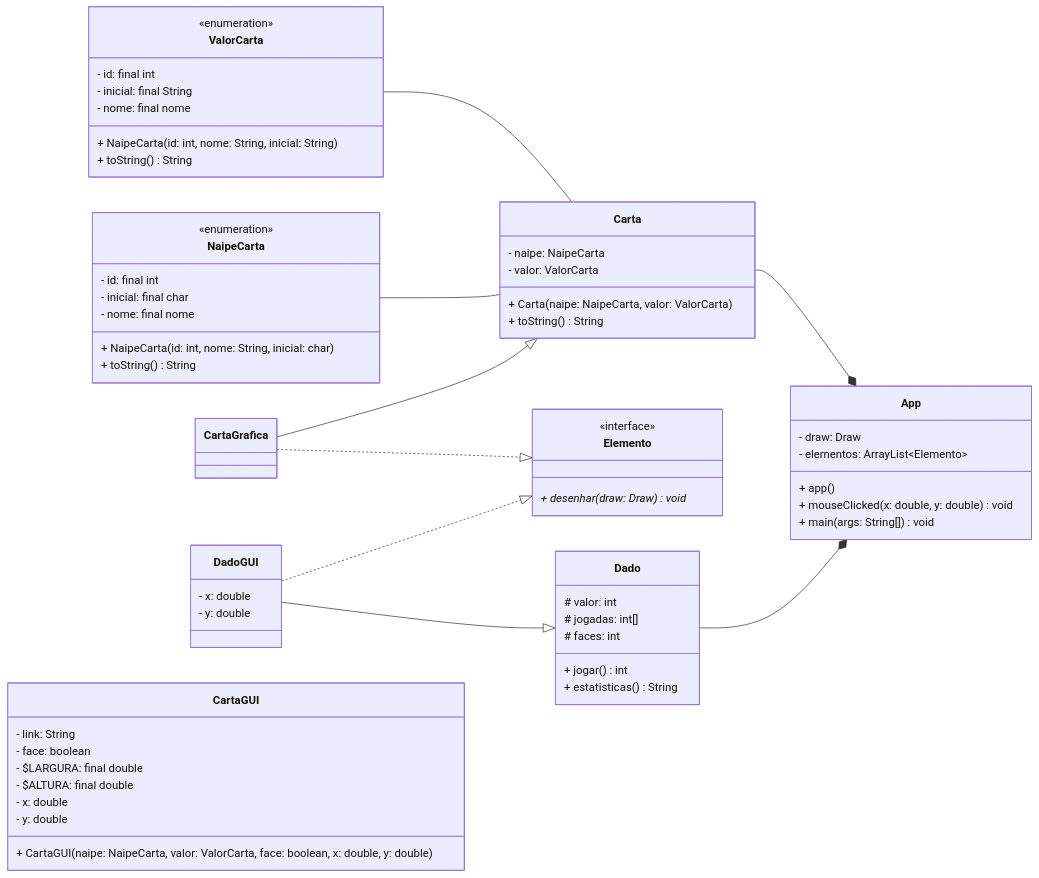
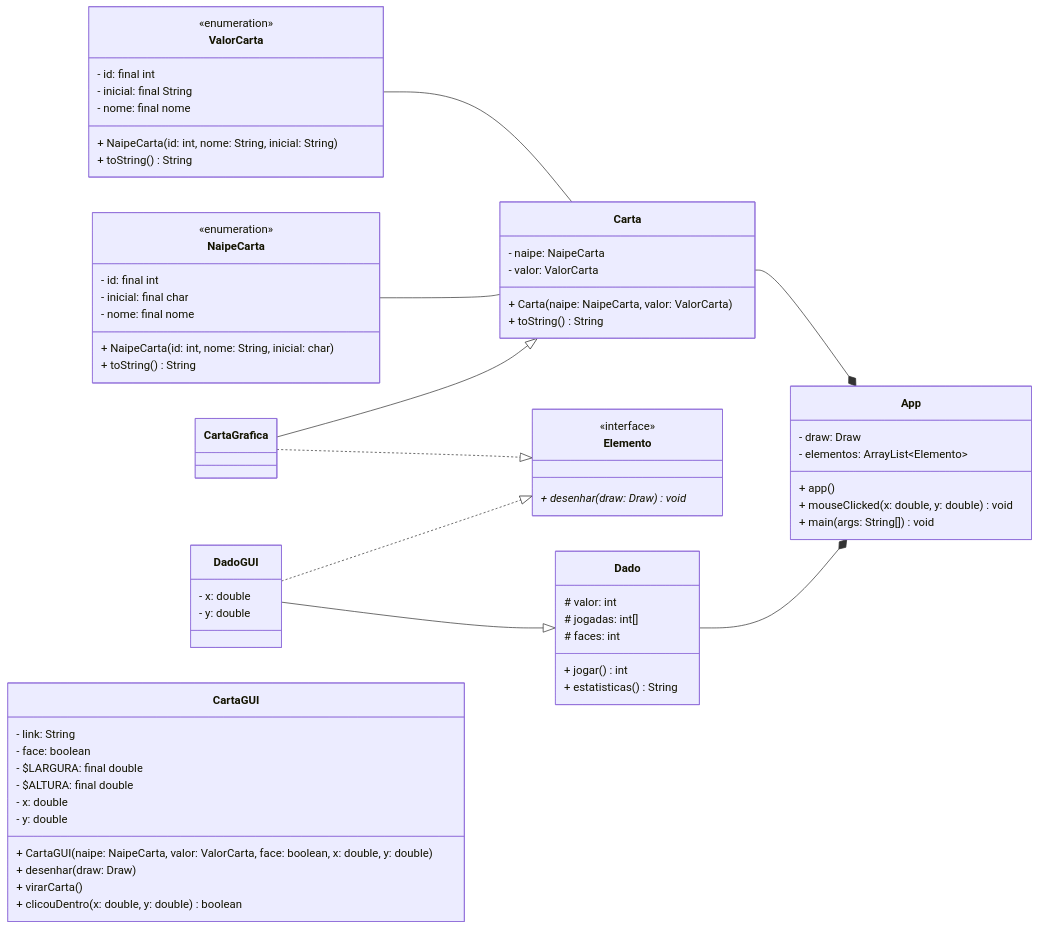
Before and after one commit to sfvini/POO: the diagram in lab_07/README.md, drawn with Mermaid.

Commit message:
Update README with new class methods for CartaGUI

````diff
--- a/lab_07/README.md
+++ b/lab_07/README.md
@@ -3,78 +3,81 @@
 ```mermaid
 classDiagram
 direction LR
 
 Dado --* App
 Carta --* App
 
 DadoGUI --|> Dado
 
 CartaGrafica ..|> Elemento
 DadoGUI ..|> Elemento
 
 CartaGrafica --|> Carta
 NaipeCarta -- Carta
 ValorCarta -- Carta
 
 class App {
      - draw: Draw
      - elementos: ArrayList~Elemento~
      + app()
      + mouseClicked(x: double, y: double) void
      + main(args: String[]) void
 }
 
 class Elemento {
     <<interface>>
     + desenhar(draw: Draw) void*
 }
 
 class Carta {
     - naipe: NaipeCarta
     - valor: ValorCarta
     + Carta(naipe: NaipeCarta, valor: ValorCarta)
     + toString() String
 }
 
 class CartaGUI {
     - link: String
     - face: boolean
     - $LARGURA: final double
     - $ALTURA: final double
     - x: double
     - y: double
     + CartaGUI(naipe: NaipeCarta, valor: ValorCarta, face: boolean, x: double, y: double)
+    + desenhar(draw: Draw)
+    + virarCarta()
+    + clicouDentro(x: double, y: double) boolean
 }
 
 class Dado {
     # valor: int
     # jogadas: int[]
     # faces: int
     + jogar() int
     + estatisticas() String
 }
 
 class DadoGUI {
     - x: double
     - y: double
 }
 
 class NaipeCarta {
     <<enumeration>> 
     - id: final int
     - inicial: final char
     - nome: final nome
     + NaipeCarta(id: int, nome: String, inicial: char)
     + toString() String
 }
 
 class ValorCarta {
 <<enumeration>>
 - id: final int
 - inicial: final String
 - nome: final nome
 + NaipeCarta(id: int, nome: String, inicial: String)
 + toString() String
 }
 
 ```
````
